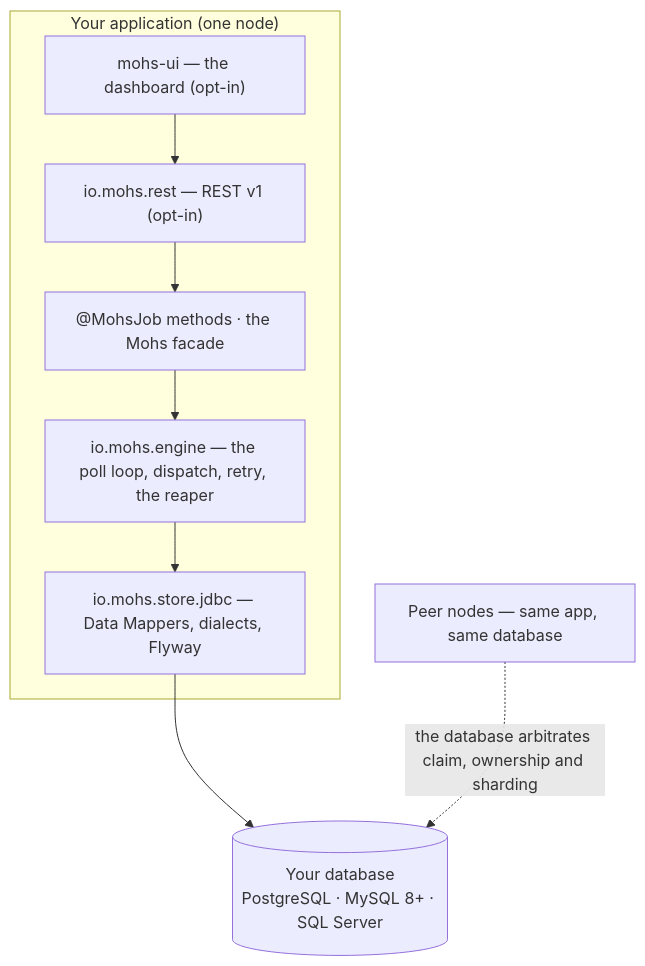
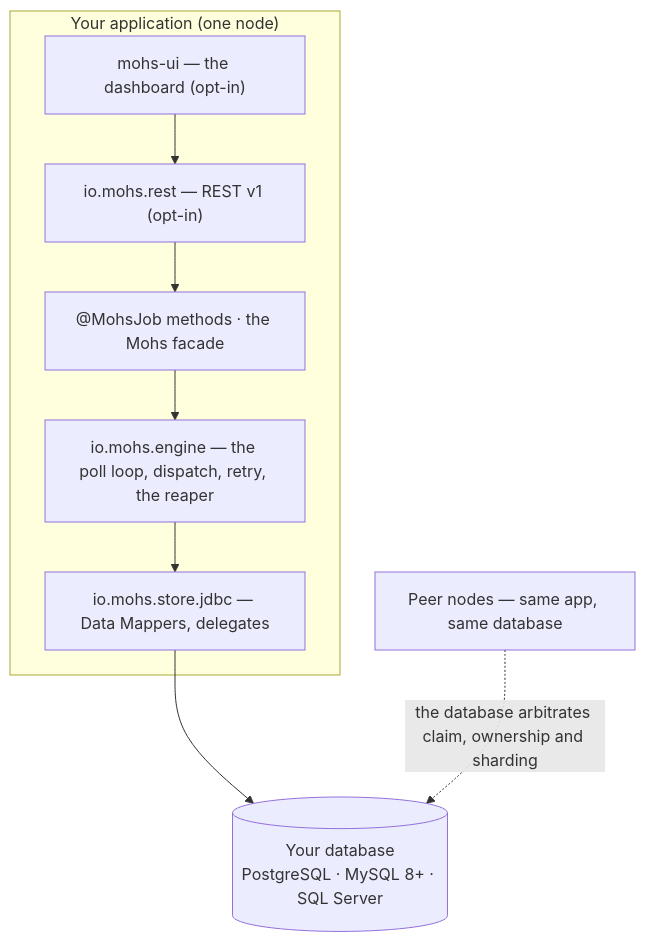
Before and after one commit to robsonkades/mohs: the diagram in README.md, drawn with Mermaid. The commit also changed other lines of this file and 33 other files, not shown here.

````diff
--- a/README.md
+++ b/README.md
@@ -95,16 +105,16 @@
 ```mermaid
 flowchart TB
     subgraph app["Your application (one node)"]
         code["@MohsJob methods · the Mohs facade"]
         engine["io.mohs.engine — the poll loop, dispatch, retry, the reaper"]
-        store["io.mohs.store.jdbc — Data Mappers, dialects, Flyway"]
+        store["io.mohs.store.jdbc — Data Mappers, delegates"]
         rest["io.mohs.rest — REST v1 (opt-in)"]
         ui["mohs-ui — the dashboard (opt-in)"]
     end
     db[("Your database<br/>PostgreSQL · MySQL 8+ · SQL Server")]
     peers["Peer nodes — same app, same database"]
 
     code --> engine --> store --> db
     ui --> rest --> code
     peers -.->|"the database arbitrates claim, ownership and sharding"| db
 ```
````
